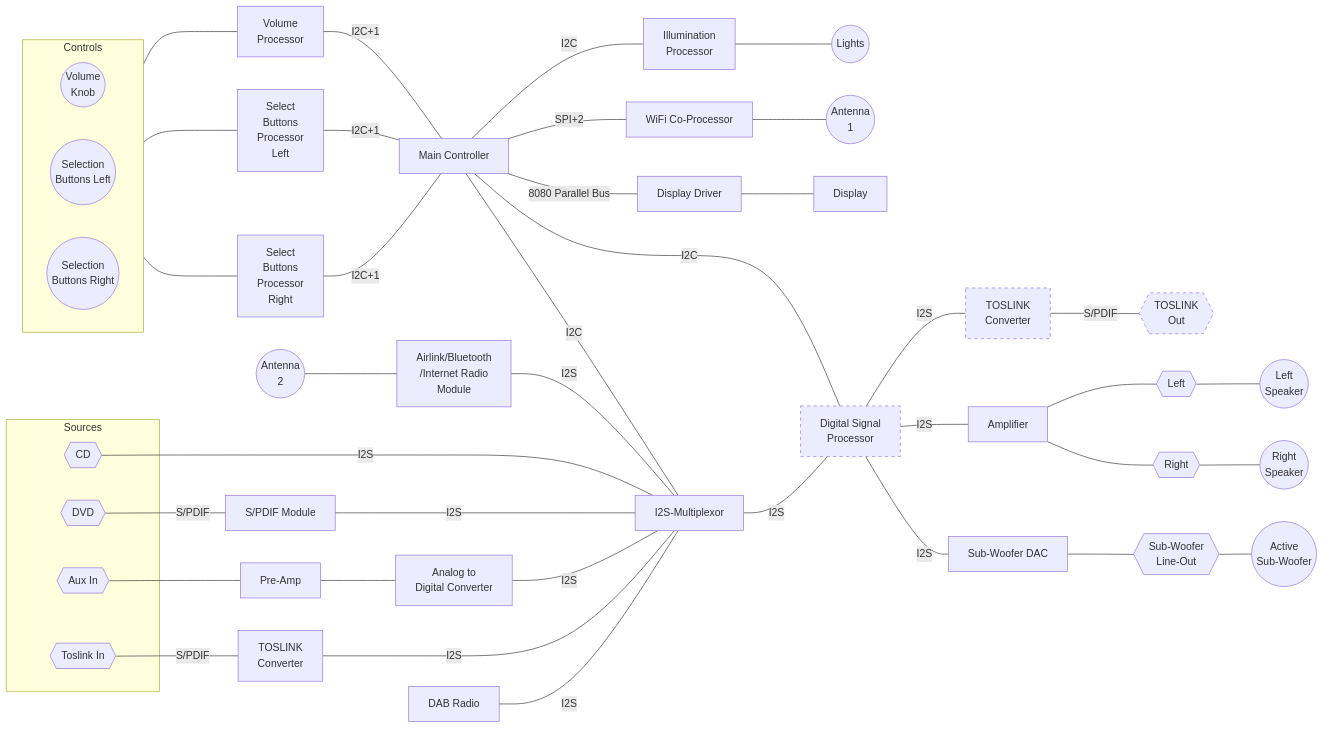
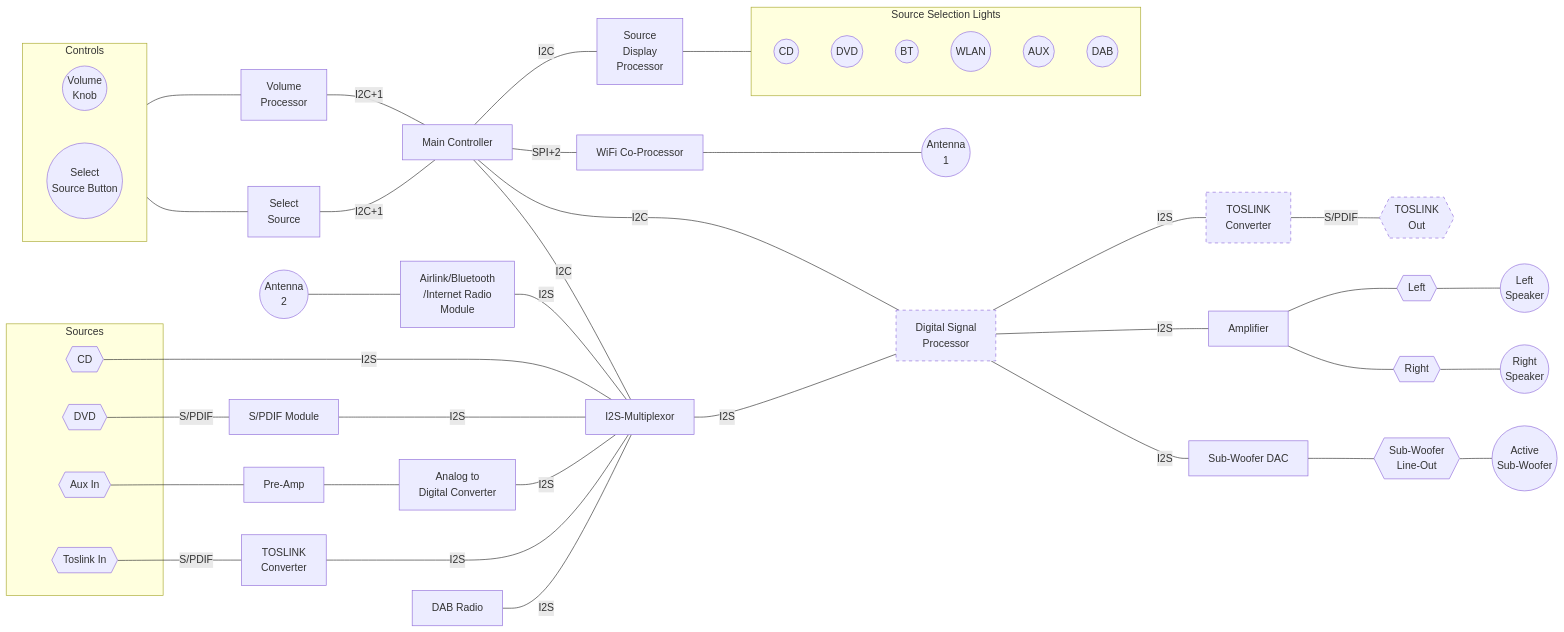
One commit to adoble/modular-audio changed the first of 3 diagrams in README.md. Above: the diagram before and after it, drawn with Mermaid. The commit also changed other lines of this file, not shown here.

Commit message:
New means of source selection

````diff
--- a/README.md
+++ b/README.md
@@ -19,58 +13,65 @@
 ```mermaid
 graph LR;
 
-main_ctrl -- I2C --- illum_proc["Illumination <br> Processor"] --- lights((Lights))
+main_ctrl -- I2C --- source_display_proc["Source <br> Display <br> Processor"] --- source_sel_display
 main_ctrl["Main Controller"] -- I2C --- i2sm[I2S-Multiplexor];
 wifi --- antenna1((Antenna <br> 1));
-main_ctrl -- 8080 Parallel Bus --- display_driver[Display Driver] --- Display;
+
 main_ctrl -- I2C --- dsp;
 main_ctrl -- SPI+2 --- wifi["WiFi Co-Processor"]
 i2sm -- I2S --- dsp["Digital Signal <br> Processor"] -- I2S --- amp[Amplifier];
 dsp -- I2S --- toslink_out_converter[TOSLINK<br>Converter] -- "S/PDIF" --- toslink_out{{TOSLINK <br> Out}};
 
 
 style dsp stroke-dasharray: 5 5;
 style toslink_out_converter stroke-dasharray: 5 5;
 style toslink_out stroke-dasharray: 5 5;
 
 
 subgraph sources [Sources]
     cd{{CD}};
     dvd{{DVD}};
     tos_link_in{{Toslink In}}
     aux{{Aux In}};
+    
+end
+
+subgraph source_sel_display [Source Selection Lights]
+    cd_source_selected((CD ))
+    dvd_source_selected((DVD))
+    bluetooth_source_selected((BT ))
+    wlan_source_selected((WLAN))
+    aux_source_selected((AUX))
+    dab_source_selected((DAB))
 end
 
 antenna2((Antenna <br> 2)) --- airlink;
 airlink["Airlink/Bluetooth <br> /Internet Radio <br> Module"] -- I2S --- i2sm
 cd -- I2S  --- i2sm;
 dvd -- "S/PDIF" --- spdif["S/PDIF Module"] -- I2S --- i2sm;
 aux --- Pre-Amp --- adc[Analog to <br>Digital Converter] -- I2S --- i2sm;
 tos_link_in -- "S/PDIF" --- toslink_converter[TOSLINK<br>Converter] -- I2S --- i2sm; 
 dab["DAB Radio"] -- I2S --- i2sm
 
 amp --- left{{Left}} --- left_spk((Left <br> Speaker)) 
 amp --- right{{Right}} --- right_spk((Right <br> Speaker)) 
 
 dsp -- I2S --- sw-dac[Sub-Woofer DAC] --- sw-line-out{{Sub-Woofer<br>Line-Out}} --- active-sw((Active<br>Sub-Woofer))
 
 
 vol_proc[Volume <br> Processor];
-sel_proc_left[Select <br> Buttons <br> Processor <br> Left];
-sel_proc_right[Select <br> Buttons <br> Processor <br> Right];
+sel_source[Select <br> Source <br>];
 
 subgraph controls[Controls]
     direction RL;
     vol_knob((Volume <br> Knob));
-    sel_btns_left((Selection <br> Buttons Left))
-    sel_btns_right((Selection <br> Buttons Right))
+    sel_source_btn((Select <br> Source Button))
 end
 
 vol_knob --- vol_proc -- I2C+1--- main_ctrl;
-sel_btns_left --- sel_proc_left -- I2C+1--- main_ctrl;
-sel_btns_right --- sel_proc_right -- I2C+1--- main_ctrl;
+sel_source_btn --- sel_source -- I2C+1--- main_ctrl;
 
 
 click main_ctrl "https://github.com/adoble/modular-audio/blob/main/README.md#controller"
 click i2sm "https://github.com/adoble/modular-audio/tree/main/hardware/i2s-multiplexer" "Click to see sub-repository"
 ```
````
